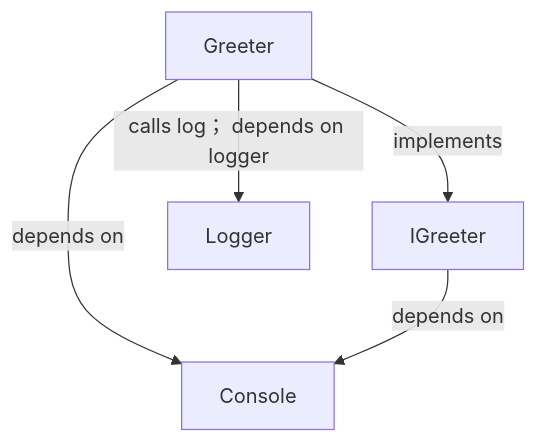
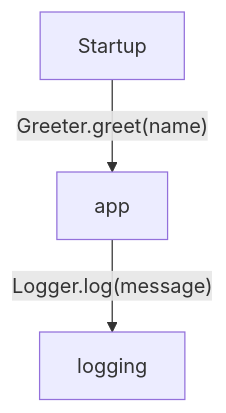
The first of 2 diagrams in docs/.vitepress/home-diagram.md (GreenPandaStudios/augscript), drawn with Mermaid before and after one commit. The commit also changed other lines of this file and 658 other files, not shown here.

````diff
--- a/docs/.vitepress/home-diagram.md
+++ b/docs/.vitepress/home-diagram.md
@@ -3,11 +5,8 @@
 ```mermaid
 flowchart TD
-    n0["Greeter"]
-    n1["IGreeter"]
-    n2["Console"]
-    n3["Logger"]
-    n0 -->|"implements"| n1
-    n0 -->|"depends on"| n2
-    n0 -->|"calls log； depends on logger"| n3
-    n1 -->|"depends on"| n2
+    n0["app"]
+    n1["logging"]
+    n2["Startup"]
+    n0 -->|"Logger.log(message)"| n1
+    n2 -->|"Greeter.greet(name)"| n0
 ```
````
